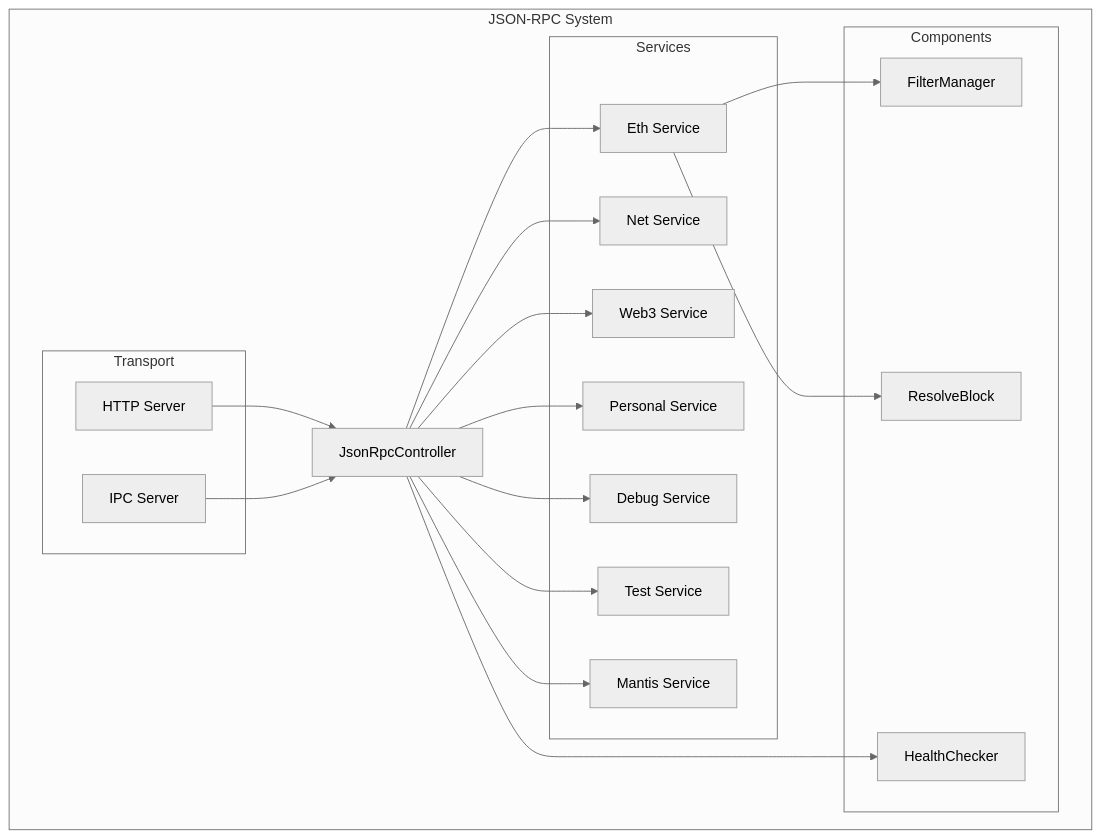
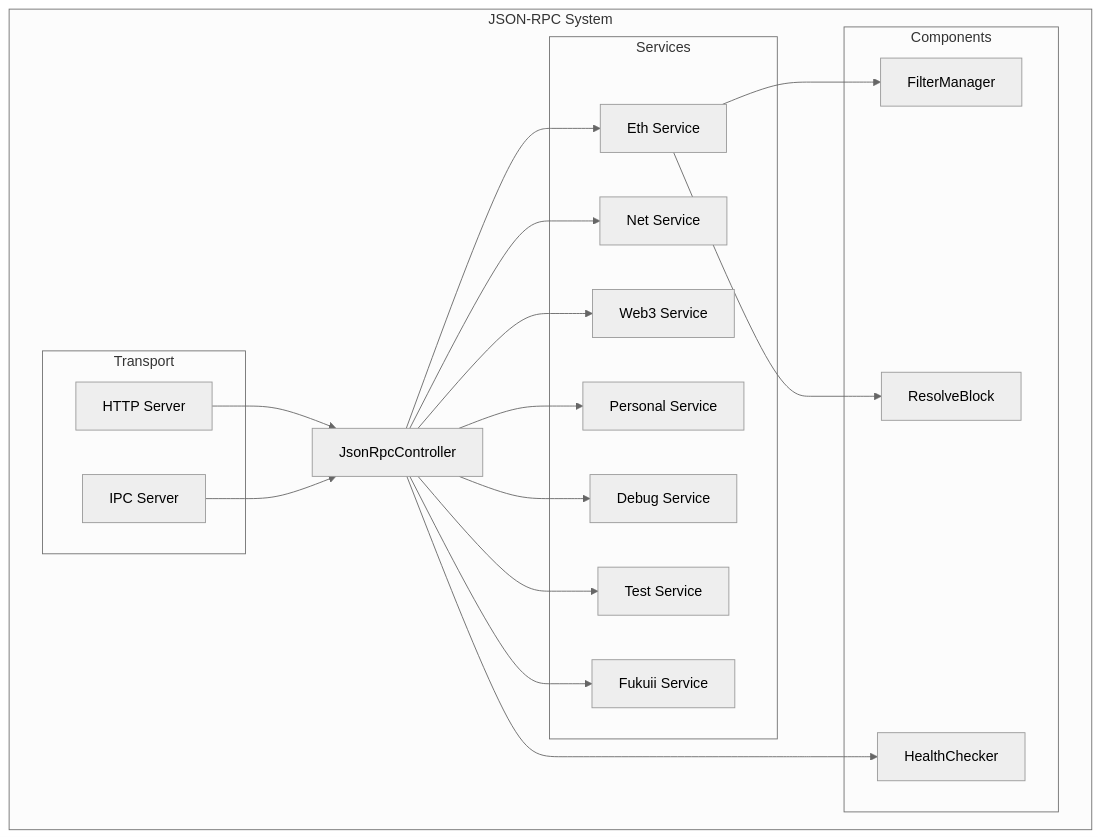
Before and after one commit to chippr-robotics/fukuii: the eighth of 13 diagrams in docs/architecture-overview.md, drawn with Mermaid (neutral theme). The commit also changed 96 other files, not shown here.

````diff
--- a/docs/architecture-overview.md
+++ b/docs/architecture-overview.md
@@ -429,42 +429,42 @@
 ```mermaid
 graph TB
     subgraph "JSON-RPC System"
         CTRL[JsonRpcController]
         
         subgraph "Transport"
             HTTP[HTTP Server]
             IPC[IPC Server]
         end
         
         subgraph "Services"
             ETH[Eth Service]
             NET[Net Service]
             WEB3[Web3 Service]
             PERSONAL[Personal Service]
             DEBUG[Debug Service]
             TEST[Test Service]
-            MANTIS[Mantis Service]
+            FUKUII[Fukuii Service]
         end
         
         subgraph "Components"
             FM[FilterManager]
             RB[ResolveBlock]
             HC[HealthChecker]
         end
     end
     
     HTTP --> CTRL
     IPC --> CTRL
     
     CTRL --> ETH
     CTRL --> NET
     CTRL --> WEB3
     CTRL --> PERSONAL
     CTRL --> DEBUG
     CTRL --> TEST
-    CTRL --> MANTIS
+    CTRL --> FUKUII
     
     ETH --> FM
     ETH --> RB
     CTRL --> HC
 ```
````
